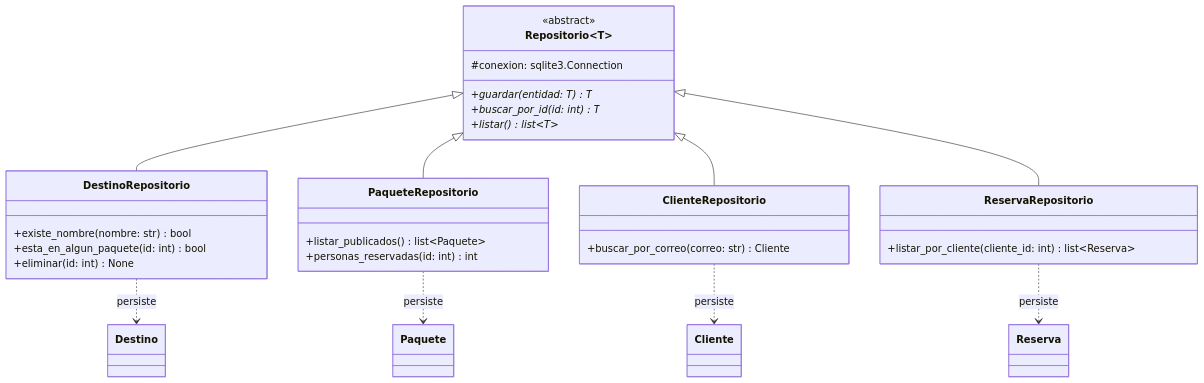
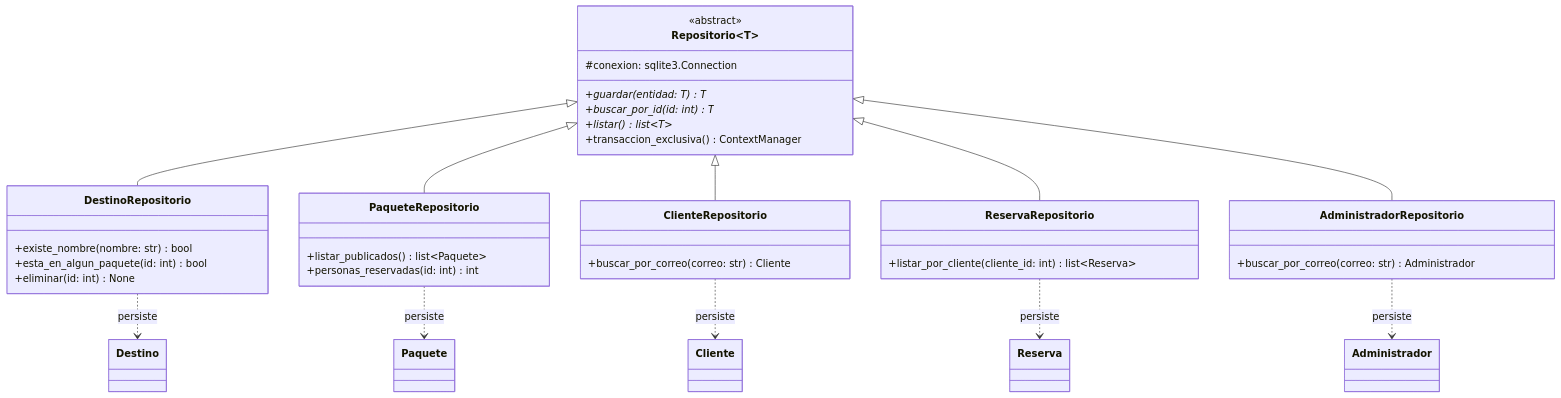
The diagram in docs/diagramas/clases-persistencia.mmd (digicamilo-lgtm/viajes_ventura-CS.LS), drawn with Mermaid before and after one commit. The commit also changed 33 other files, not shown here.

```diff
--- a/docs/diagramas/clases-persistencia.mmd
+++ b/docs/diagramas/clases-persistencia.mmd
@@ -1,41 +1,48 @@
 %% Diagrama de clases UML — Viajes Aventura: capa de persistencia (SQLite)
 %% Render: mmdc -i clases-persistencia.mmd -o clases-persistencia.png -c config.json -s 2 -b white
 classDiagram
   direction TB
 
   class Repositorio~T~ {
     <<abstract>>
     #conexion: sqlite3.Connection
     +guardar(entidad: T)* T
     +buscar_por_id(id: int)* T
     +listar()* list~T~
+    +transaccion_exclusiva() ContextManager
   }
   class DestinoRepositorio {
     +existe_nombre(nombre: str) bool
     +esta_en_algun_paquete(id: int) bool
     +eliminar(id: int) None
   }
   class PaqueteRepositorio {
     +listar_publicados() list~Paquete~
     +personas_reservadas(id: int) int
   }
   class ClienteRepositorio {
     +buscar_por_correo(correo: str) Cliente
   }
+  class AdministradorRepositorio {
+    +buscar_por_correo(correo: str) Administrador
+  }
   class ReservaRepositorio {
     +listar_por_cliente(cliente_id: int) list~Reserva~
   }
 
   class Destino
   class Paquete
   class Cliente
   class Reserva
+  class Administrador
 
   Repositorio~T~ <|-- DestinoRepositorio
   Repositorio~T~ <|-- PaqueteRepositorio
   Repositorio~T~ <|-- ClienteRepositorio
   Repositorio~T~ <|-- ReservaRepositorio
+  Repositorio~T~ <|-- AdministradorRepositorio
   DestinoRepositorio ..> Destino : persiste
   PaqueteRepositorio ..> Paquete : persiste
   ClienteRepositorio ..> Cliente : persiste
   ReservaRepositorio ..> Reserva : persiste
+  AdministradorRepositorio ..> Administrador : persiste
```
